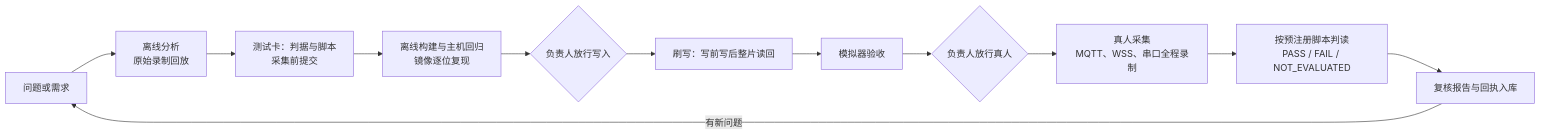
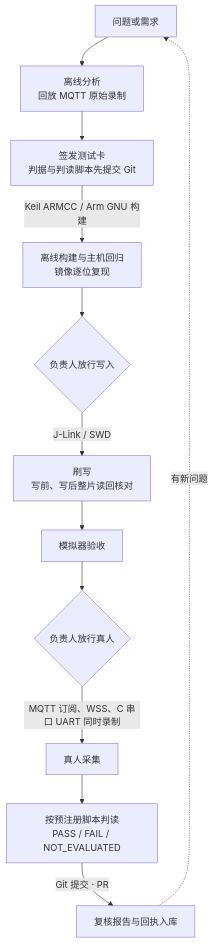
The third of 5 diagrams in docs/acceptance/CLOSEOUT-TECHNICAL-OVERVIEW.md (Serendipity-min/medical-multi-parameter-monitor), drawn with Mermaid before and after one commit. The commit also changed other lines of this file, not shown here.

````diff
--- a/docs/acceptance/CLOSEOUT-TECHNICAL-OVERVIEW.md
+++ b/docs/acceptance/CLOSEOUT-TECHNICAL-OVERVIEW.md
@@ -109,14 +109,14 @@
 ```mermaid
-flowchart LR
-    A1[问题或需求] --> A2[离线分析<br/>原始录制回放]
-    A2 --> A3[测试卡：判据与脚本<br/>采集前提交]
-    A3 --> A4[离线构建与主机回归<br/>镜像逐位复现]
+flowchart TB
+    A1[问题或需求] --> A2[离线分析<br/>回放 MQTT 原始录制]
+    A2 --> A3[签发测试卡<br/>判据与判读脚本先提交 Git]
+    A3 -->|"Keil ARMCC / Arm GNU 构建"| A4[离线构建与主机回归<br/>镜像逐位复现]
     A4 --> A5{负责人放行写入}
-    A5 --> A6[刷写：写前写后整片读回]
+    A5 -->|"J-Link / SWD"| A6[刷写<br/>写前、写后整片读回核对]
     A6 --> A7[模拟器验收]
     A7 --> A8{负责人放行真人}
-    A8 --> A9[真人采集<br/>MQTT、WSS、串口全程录制]
+    A8 -->|"MQTT 订阅、WSS、C 串口 UART 同时录制"| A9[真人采集]
     A9 --> A10[按预注册脚本判读<br/>PASS / FAIL / NOT_EVALUATED]
-    A10 --> A11[复核报告与回执入库]
-    A11 -->|有新问题| A1
+    A10 -->|"Git 提交 · PR"| A11[复核报告与回执入库]
+    A11 -.->|有新问题| A1
 ```
````
